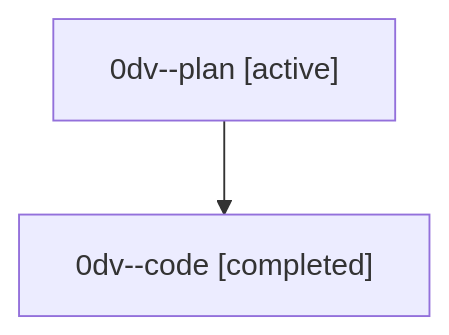
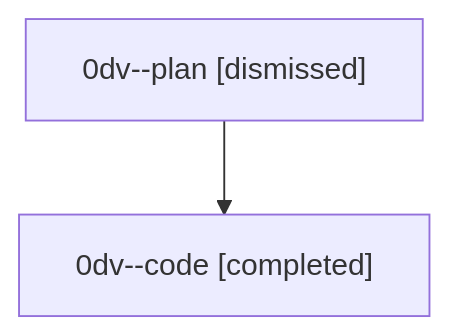
One commit to sase-org/sase--agents changed the diagram in sessions/bbugyi200.athena.0dv.md. Above: the diagram before and after it, drawn with Mermaid. The commit also changed other lines of this file and 49 other files, not shown here.

````diff
--- a/sessions/bbugyi200.athena.0dv.md
+++ b/sessions/bbugyi200.athena.0dv.md
@@ -9,6 +9,6 @@
 ```mermaid
 flowchart TD
-  n0["0dv--plan [active]"]
+  n0["0dv--plan [dismissed]"]
   n1["0dv--code [completed]"]
   n0 --> n1
 ```
````
